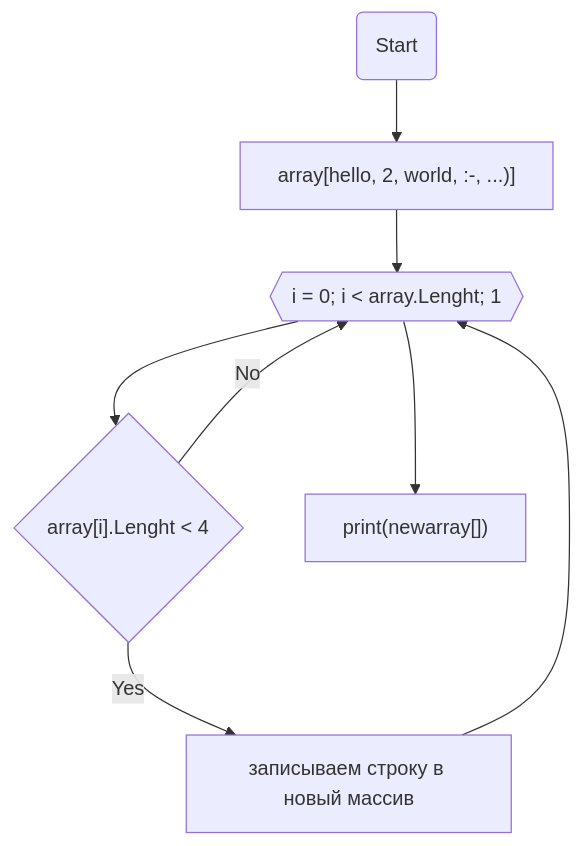
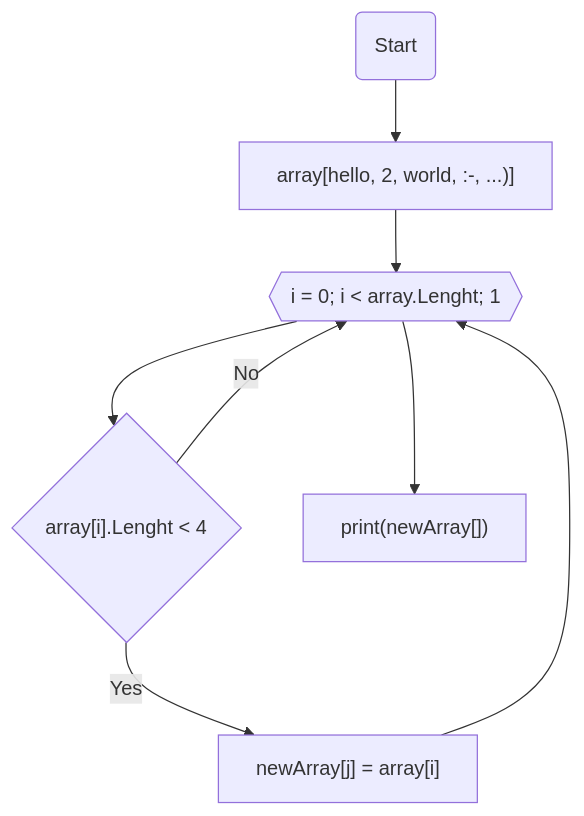
The diagram in README.md (Adalberto777/FinalTestWork), drawn with Mermaid before and after one commit.

Commit message:
block diagram

````diff
--- a/README.md
+++ b/README.md
@@ -14,10 +14,10 @@
 ```mermaid
   graph TB;       
     node1(Start)  --> node2["array[hello, 2, world, :-, ...)]"];
     node2["array[hello, 2, world, :-, ...)]"] --> node3{{"i = 0; i < array.Lenght; 1"}};
     node3{{"i = 0; i < array.Lenght; 1"}} --> node4{"array[i].Lenght < 4"};
-    node4{"array[i].Lenght < 4"} -- Yes --> node5[записываем строку в новый массив];
-    node5[записываем строку в новый массив] --> node3{{"i = 0; i < array.Lenght; 1"}};
+    node4{"array[i].Lenght < 4"} -- Yes --> node5["newArray[j] = array[i]"];
+    node5["newArray[j] = array[i]"] --> node3{{"i = 0; i < array.Lenght; 1"}};
     node4{"array[i].Lenght < 4"} -- No --> node3{{"i=0; i<array.Lenght;1"}};
-    node3{{"i = 0; i < array.Lenght; 1"}} --> node6["print(newarray[])"];
+    node3{{"i = 0; i < array.Lenght; 1"}} --> node6["print(newArray[])"];
 ```
````
